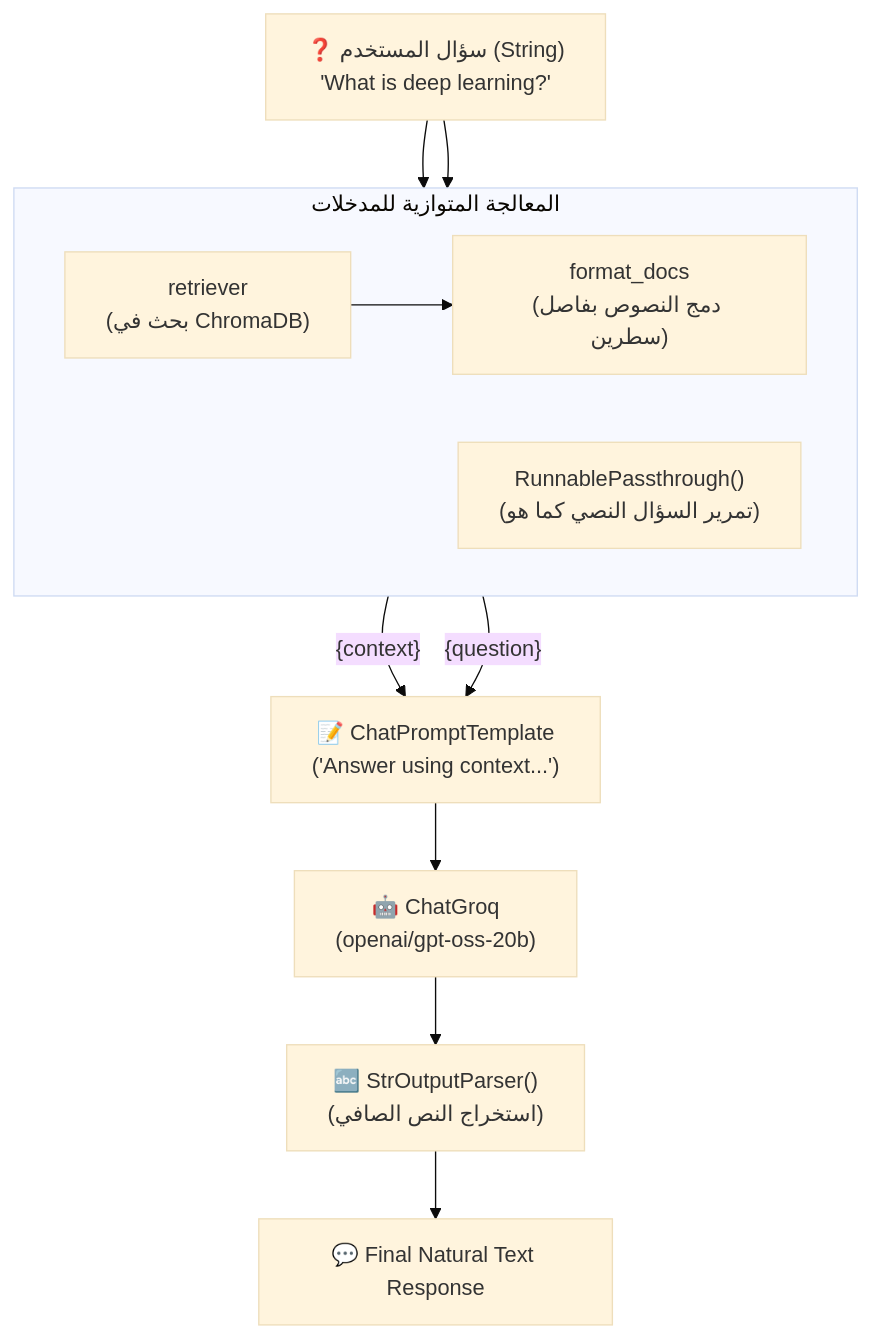
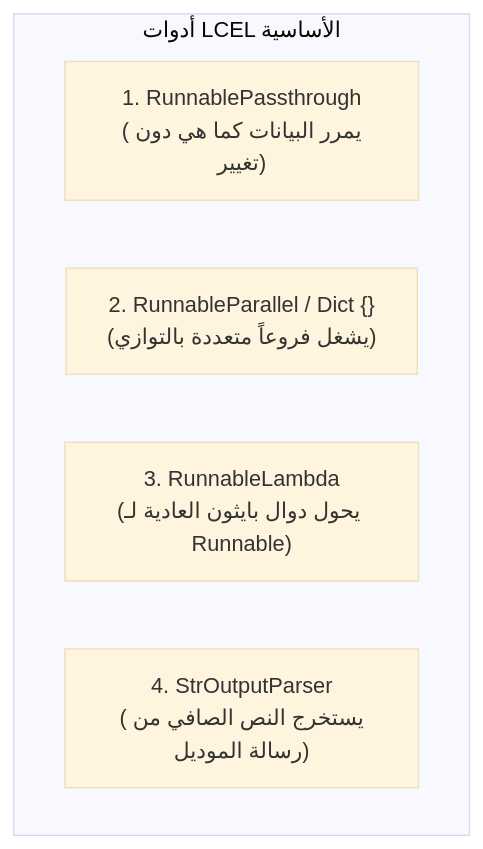
One commit to ali-abofouda/RAG-Mastery changed the first of 2 diagrams in stages/03-vector-stores-and-databases/03-rag-pipeline-lcel/README.md. Above: the diagram before and after it, drawn with Mermaid (base theme). The commit also changed other lines of this file and 1 other file, not shown here.

Commit message:
docs: enrich 03-rag-pipeline-lcel README with comprehensive LCEL architecture, Runnable protocol, and data trace

````diff
--- a/stages/03-vector-stores-and-databases/03-rag-pipeline-lcel/README.md
+++ b/stages/03-vector-stores-and-databases/03-rag-pipeline-lcel/README.md
@@ -36,20 +68,9 @@
 ```mermaid
 flowchart TD
-    Q["❓ سؤال المستخدم (String)\n'What is deep learning?'"]
-
-    subgraph LCEL_Parallel ["المعالجة المتوازية للمدخلات"]
-        direction LR
-        P1["retriever\n(بحث في ChromaDB)"] --> F["format_docs\n(دمج النصوص بفاصل سطرين)"]
-        P2["RunnablePassthrough()\n(تمرير السؤال النصي كما هو)"]
+    subgraph Primitives ["أدوات LCEL الأساسية"]
+        P1["1. RunnablePassthrough\n(يمرر البيانات كما هي دون تغيير)"]
+        P2["2. RunnableParallel / Dict {}\n(يشغل فروعاً متعددة بالتوازي)"]
+        P3["3. RunnableLambda\n(يحول دوال بايثون العادية لـ Runnable)"]
+        P4["4. StrOutputParser\n(يستخرج النص الصافي من رسالة الموديل)"]
     end
-
-    Q --> P1
-    Q --> P2
-
-    F -->|"{context}"| PROMPT["📝 ChatPromptTemplate\n('Answer using context...')"]
-    P2 -->|"{question}"| PROMPT
-
-    PROMPT --> LLM["🤖 ChatGroq\n(openai/gpt-oss-20b)"]
-    LLM --> PARSER["🔤 StrOutputParser()\n(استخراج النص الصافي)"]
-    PARSER --> OUT["💬 Final Natural Text Response"]
 ```
````
